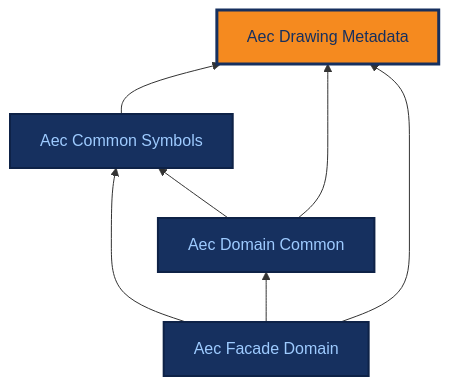
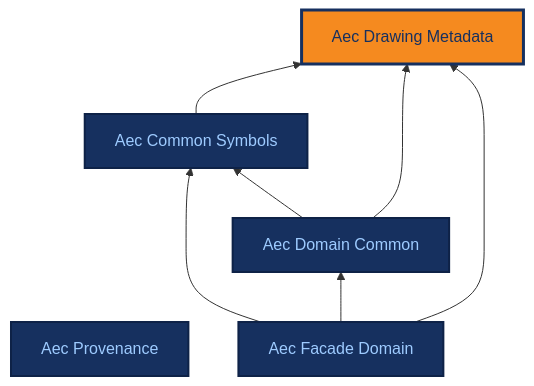
Before and after one commit to BuroHappoldMachineLearning/ADIRO: the diagram in docs/ontologies/aec_drawing_metadata.md, drawn with Mermaid. The commit also changed 14 other files, not shown here.

````diff
--- a/docs/ontologies/aec_drawing_metadata.md
+++ b/docs/ontologies/aec_drawing_metadata.md
@@ -16,22 +16,24 @@
 ```mermaid
 %%{init: {"themeCSS": ".base .nodeLabel,.base .nodeLabel p,.base text,.base tspan{fill:#9ecbff !important;color:#9ecbff !important}.current .nodeLabel,.current .nodeLabel p,.current text,.current tspan{fill:#16305f !important;color:#16305f !important}"} }%%
 graph BT
+    aec_provenance["Aec Provenance"]
     aec_drawing_metadata["Aec Drawing Metadata"]
     aec_common_symbols["Aec Common Symbols"]
     aec_domain_common["Aec Domain Common"]
     aec_facade_domain["Aec Facade Domain"]
     aec_common_symbols --> aec_drawing_metadata
     aec_domain_common --> aec_common_symbols
     aec_domain_common --> aec_drawing_metadata
     aec_facade_domain --> aec_common_symbols
     aec_facade_domain --> aec_domain_common
     aec_facade_domain --> aec_drawing_metadata
+    click aec_provenance "../aec_provenance/" "Aec Provenance reference page"
     click aec_drawing_metadata "../aec_drawing_metadata/" "Aec Drawing Metadata reference page"
     click aec_common_symbols "../aec_common_symbols/" "Aec Common Symbols reference page"
     click aec_domain_common "../aec_domain_common/" "Aec Domain Common reference page"
     click aec_facade_domain "../aec_facade_domain/" "Aec Facade Domain reference page"
     classDef base fill:#16305f,stroke:#0e2247,stroke-width:2px,color:#9ecbff;
-    class aec_common_symbols,aec_domain_common,aec_facade_domain base;
+    class aec_provenance,aec_common_symbols,aec_domain_common,aec_facade_domain base;
     classDef current fill:#f58a1f,stroke:#16305f,stroke-width:3px,color:#16305f;
     class aec_drawing_metadata current;
 ```
````
